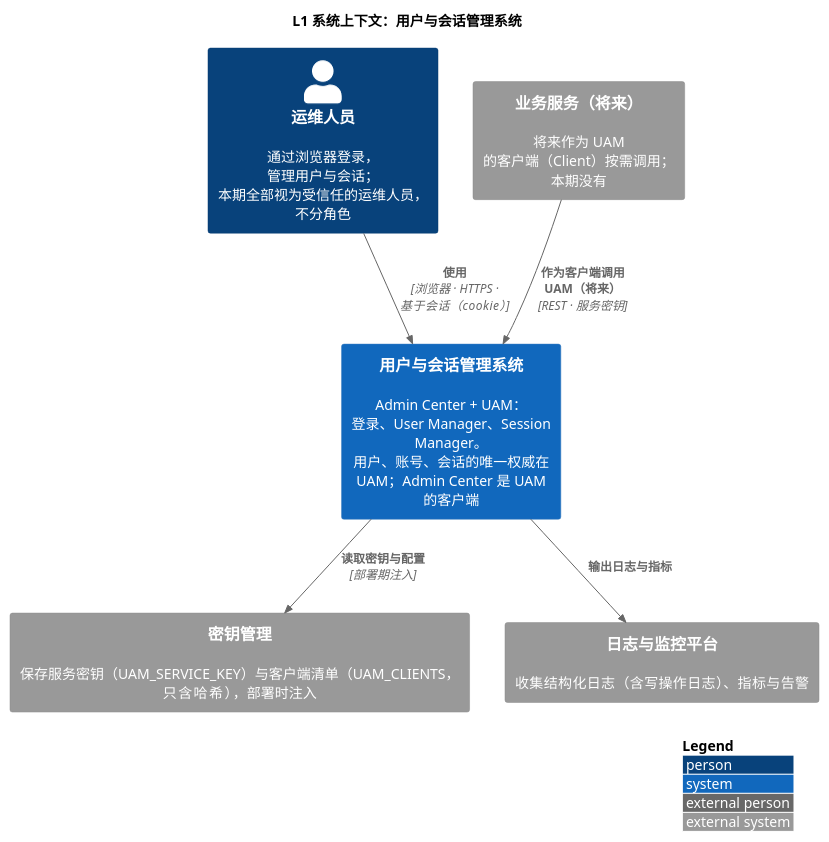
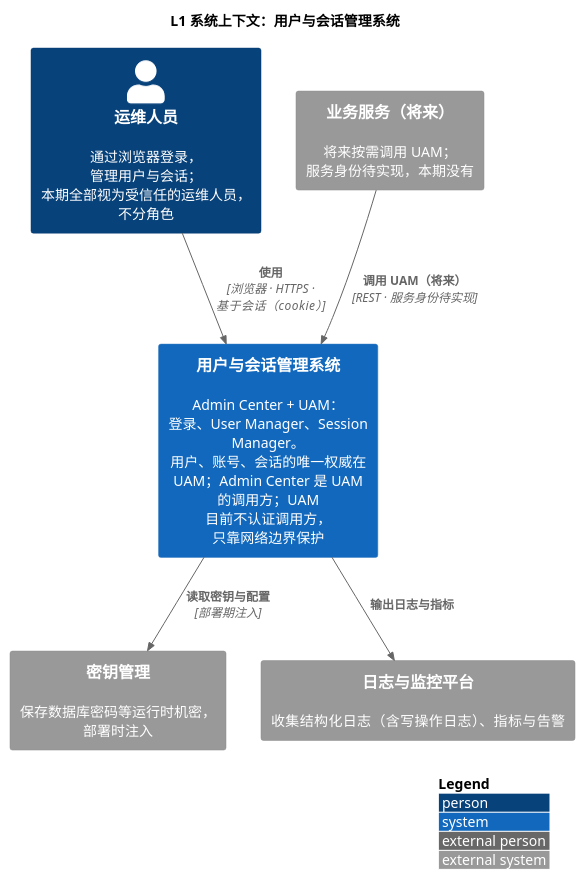
One commit to xiayy860612/tech-toolkit changed the diagram in docs/system-design/system/diagrams/c4-l1-context.puml. Above: the diagram before and after it, drawn with PlantUML. The commit also changed 173 other files, not shown here.

First line of the commit message:
refactor(uam): 移除 clients 功能，UAM 不再认证调用方

```diff
--- a/docs/system-design/system/diagrams/c4-l1-context.puml
+++ b/docs/system-design/system/diagrams/c4-l1-context.puml
@@ -1,18 +1,18 @@
 @startuml c4-l1-context
 ' C4 L1 系统上下文。渲染：java -jar plantuml.jar -tsvg -charset UTF-8 docs/system-design/*/diagrams/*.puml
 !include <C4/C4_Context>
 LAYOUT_WITH_LEGEND()
 
 title L1 系统上下文：用户与会话管理系统
 
 Person(operator, "运维人员", "通过浏览器登录，管理用户与会话；本期全部视为受信任的运维人员，不分角色")
-System(platform, "用户与会话管理系统", "Admin Center + UAM：登录、User Manager、Session Manager。用户、账号、会话的唯一权威在 UAM；Admin Center 是 UAM 的客户端")
-System_Ext(biz, "业务服务（将来）", "将来作为 UAM 的客户端（Client）按需调用；本期没有")
-System_Ext(secrets, "密钥管理", "保存服务密钥（UAM_SERVICE_KEY）与客户端清单（UAM_CLIENTS，只含哈希），部署时注入")
+System(platform, "用户与会话管理系统", "Admin Center + UAM：登录、User Manager、Session Manager。用户、账号、会话的唯一权威在 UAM；Admin Center 是 UAM 的调用方；UAM 目前不认证调用方，只靠网络边界保护")
+System_Ext(biz, "业务服务（将来）", "将来按需调用 UAM；服务身份待实现，本期没有")
+System_Ext(secrets, "密钥管理", "保存数据库密码等运行时机密，部署时注入")
 System_Ext(obs, "日志与监控平台", "收集结构化日志（含写操作日志）、指标与告警")
 
 Rel(operator, platform, "使用", "浏览器 · HTTPS · 基于会话（cookie）")
-Rel(biz, platform, "作为客户端调用 UAM（将来）", "REST · 服务密钥")
+Rel(biz, platform, "调用 UAM（将来）", "REST · 服务身份待实现")
 Rel(platform, secrets, "读取密钥与配置", "部署期注入")
 Rel(platform, obs, "输出日志与指标")
 @enduml
```
